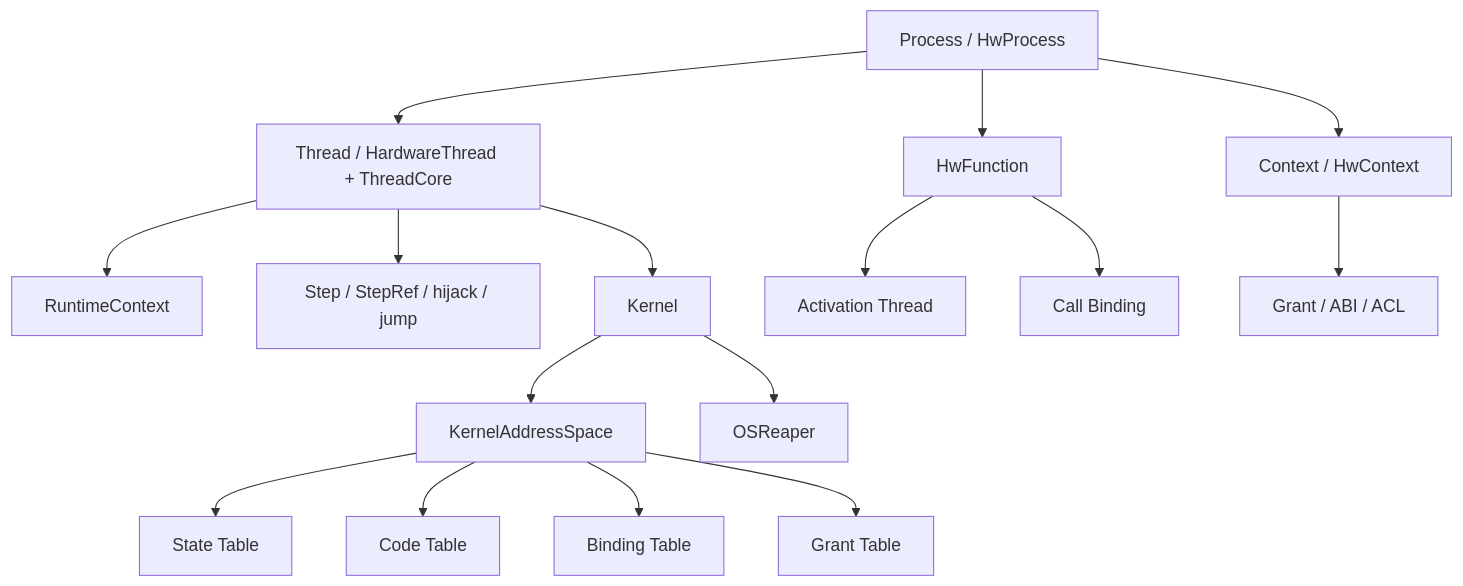
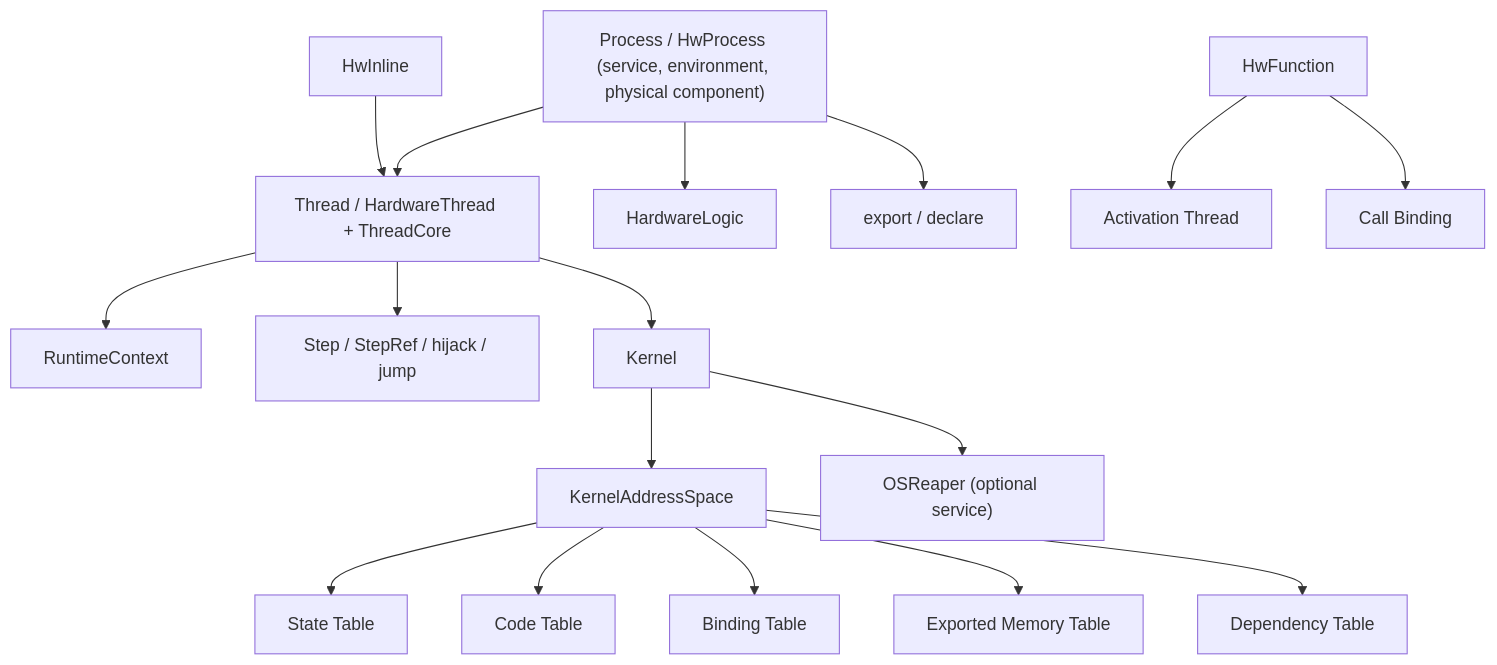
One commit to NullStarfish/HwOS changed the diagram in docs/concepts.md. Above: the diagram before and after it, drawn with Mermaid. The commit also changed other lines of this file and 9 other files, not shown here.

````diff
--- a/docs/concepts.md
+++ b/docs/concepts.md
@@ -11,18 +11,19 @@
 ```mermaid
 graph TD
-  P["Process / HwProcess"] --> C["Context / HwContext"]
-  P --> T["Thread / HardwareThread + ThreadCore"]
-  P --> F["HwFunction"]
+  P["Process / HwProcess (service, environment, physical component)"] --> T["Thread / HardwareThread + ThreadCore"]
+  P --> L["HardwareLogic"]
+  P --> E["export / declare"]
   T --> R["RuntimeContext"]
   T --> S["Step / StepRef / hijack / jump"]
   T --> K["Kernel"]
-  F --> A["Activation Thread"]
+  F["HwFunction"] --> A["Activation Thread"]
   F --> CB["Call Binding"]
+  I["HwInline"] --> T
   K --> AS["KernelAddressSpace"]
   AS --> ST["State Table"]
   AS --> CT["Code Table"]
   AS --> BT["Binding Table"]
-  AS --> GT["Grant Table"]
-  K --> O["OSReaper"]
-  C --> G["Grant / ABI / ACL"]
+  AS --> ET["Exported Memory Table"]
+  AS --> DT["Dependency Table"]
+  K --> O["OSReaper (optional service)"]
 ```
````
